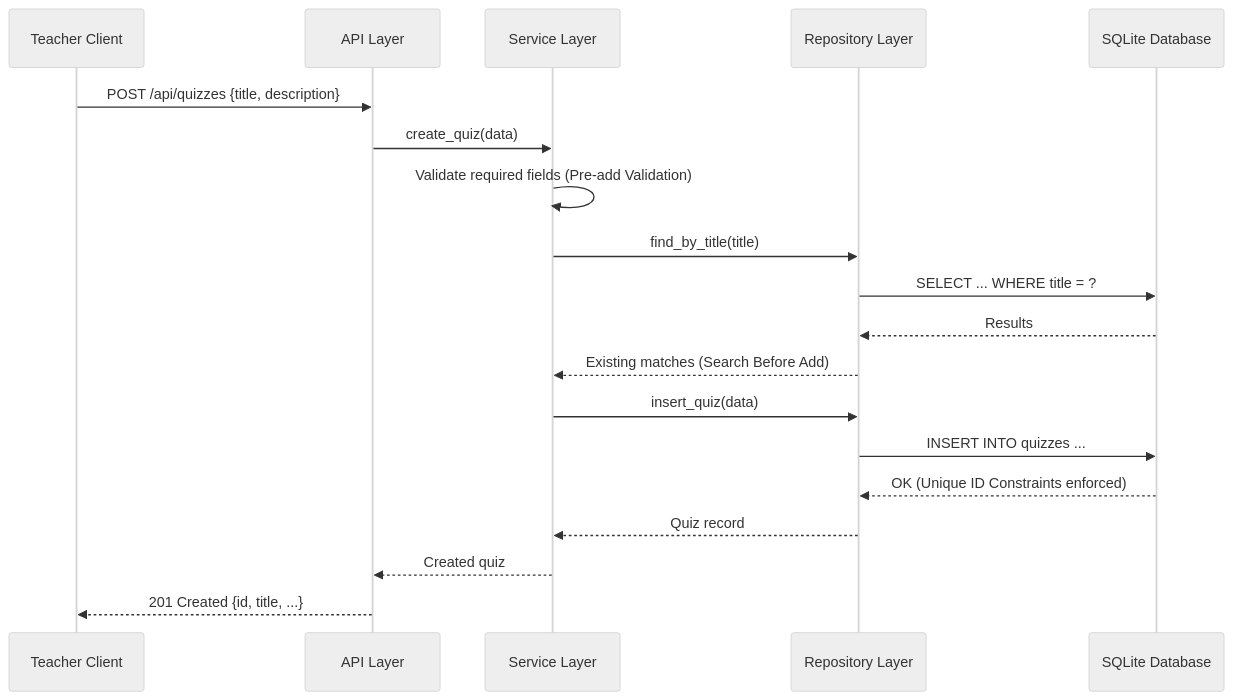
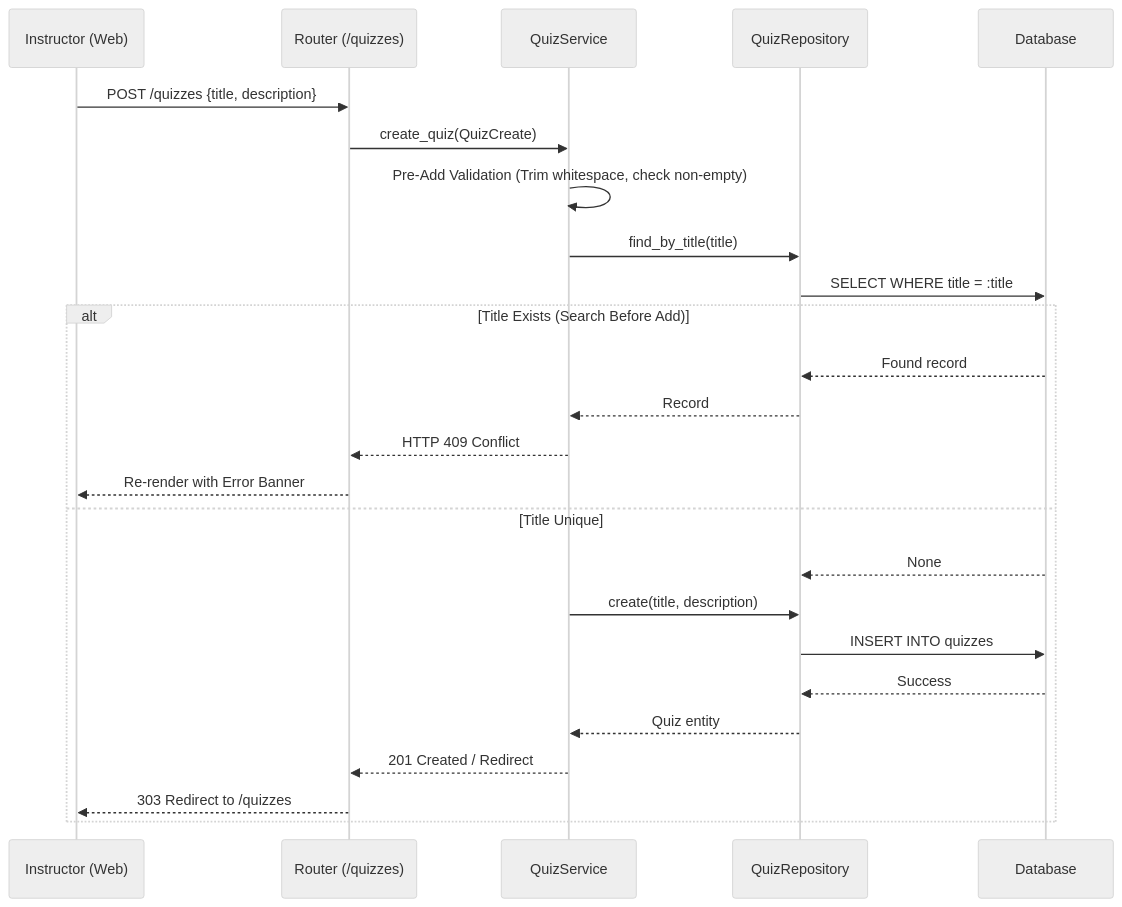
The second of 3 diagrams in docs/architecture.md (SakshamSinghSaloni/-BBAT104_TQM_-AU-24-5271-), drawn with Mermaid (neutral theme) before and after one commit. The commit also changed other lines of this file and 52 other files, not shown here.

````diff
--- a/docs/architecture.md
+++ b/docs/architecture.md
@@ -48,22 +86,28 @@
 ```mermaid
 sequenceDiagram
-    participant T as Teacher Client
-    participant A as API Layer
-    participant S as Service Layer
-    participant R as Repository Layer
-    participant D as SQLite Database
+    participant T as Instructor (Web)
+    participant R as Router (/quizzes)
+    participant S as QuizService
+    participant Rep as QuizRepository
+    participant D as Database
 
-    T->>A: POST /api/quizzes {title, description}
-    A->>S: create_quiz(data)
-    S->>S: Validate required fields (Pre-add Validation)
-    S->>R: find_by_title(title)
-    R->>D: SELECT ... WHERE title = ?
-    D-->>R: Results
-    R-->>S: Existing matches (Search Before Add)
-    S->>R: insert_quiz(data)
-    R->>D: INSERT INTO quizzes ...
-    D-->>R: OK (Unique ID Constraints enforced)
-    R-->>S: Quiz record
-    S-->>A: Created quiz
-    A-->>T: 201 Created {id, title, ...}
+    T->>R: POST /quizzes {title, description}
+    R->>S: create_quiz(QuizCreate)
+    S->>S: Pre-Add Validation (Trim whitespace, check non-empty)
+    S->>Rep: find_by_title(title)
+    Rep->>D: SELECT WHERE title = :title
+    alt Title Exists (Search Before Add)
+        D-->>Rep: Found record
+        Rep-->>S: Record
+        S-->>R: HTTP 409 Conflict
+        R-->>T: Re-render with Error Banner
+    else Title Unique
+        D-->>Rep: None
+        S->>Rep: create(title, description)
+        Rep->>D: INSERT INTO quizzes
+        D-->>Rep: Success
+        Rep-->>S: Quiz entity
+        S-->>R: 201 Created / Redirect
+        R-->>T: 303 Redirect to /quizzes
+    end
 ```
````
